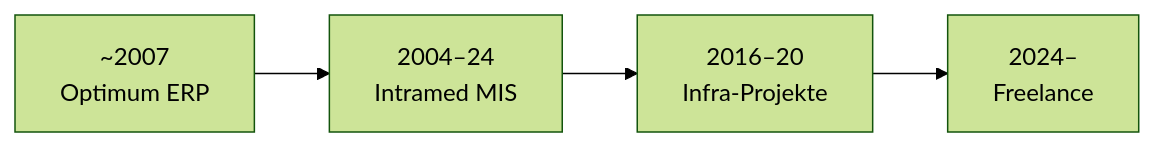
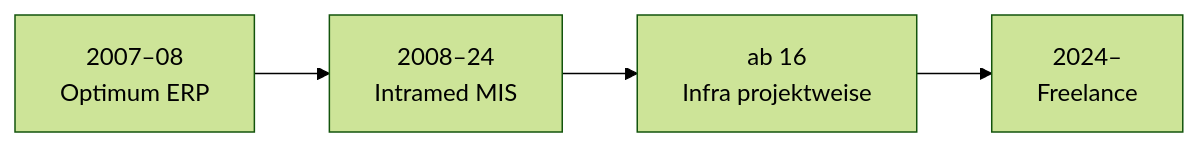
Before and after one commit to boralekc/cv: the diagram in README.md, drawn with Mermaid (forest theme). The commit also changed other lines of this file and 19 other files, not shown here.

````diff
--- a/README.md
+++ b/README.md
@@ -19,6 +19,6 @@
 ```mermaid
 flowchart LR
-    A["~2007<br/>Optimum ERP"] --> B["2004–24<br/>Intramed MIS"]
-    B --> C["2016–20<br/>Infra-Projekte"]
+    A["2007–08<br/>Optimum ERP"] --> B["2008–24<br/>Intramed MIS"]
+    B --> C["ab 16<br/>Infra projektweise"]
     C --> D["2024–<br/>Freelance"]
 ```
````
